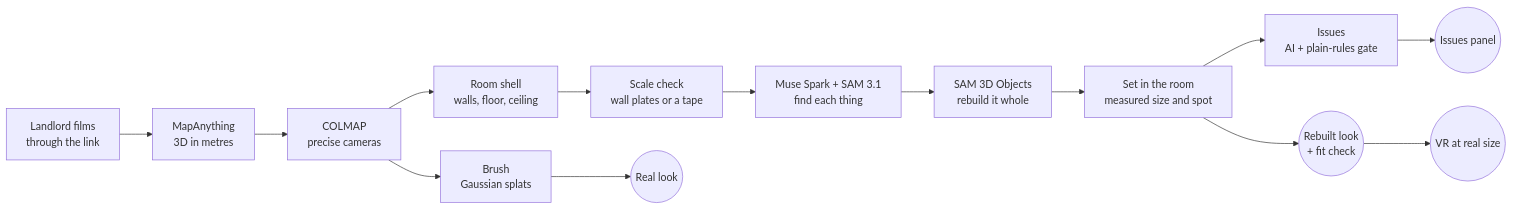
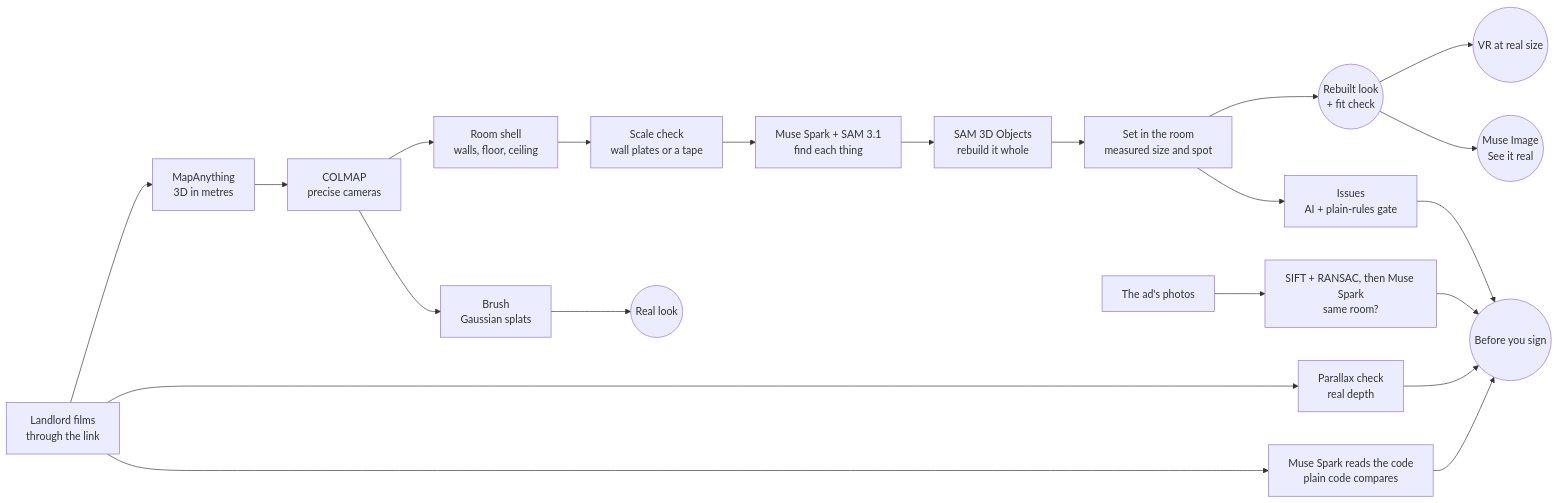
Before and after one commit to sidharthnair7/SightSeen: the diagram in README.md, drawn with Mermaid. The commit also changed other lines of this file and 38 other files, not shown here.

Commit message:
Scam checks with a Before you sign verdict and VR optimized

````diff
--- a/README.md
+++ b/README.md
@@ -45,16 +107,23 @@
 ```mermaid
 flowchart LR
     A[Landlord films<br/>through the link] --> B[MapAnything<br/>3D in metres]
+    A --> T[Muse Spark reads the code<br/>plain code compares]
     B --> C[COLMAP<br/>precise cameras]
     C --> D[Brush<br/>Gaussian splats]
     C --> E[Room shell<br/>walls, floor, ceiling]
+    A --> U[Parallax check<br/>real depth]
     E --> F[Scale check<br/>wall plates or a tape]
     F --> G[Muse Spark + SAM 3.1<br/>find each thing]
     G --> H[SAM 3D Objects<br/>rebuild it whole]
     H --> I[Set in the room<br/>measured size and spot]
     I --> J[Issues<br/>AI + plain-rules gate]
+    AD[The ad's photos] --> V[SIFT + RANSAC, then Muse Spark<br/>same room?]
+    T --> W((Before you sign))
+    U --> W
+    V --> W
+    J --> W
     D --> K((Real look))
     I --> L((Rebuilt look<br/>+ fit check))
-    J --> M((Issues panel))
     L --> N((VR at real size))
+    L --> R((Muse Image<br/>See it real))
 ```
````
